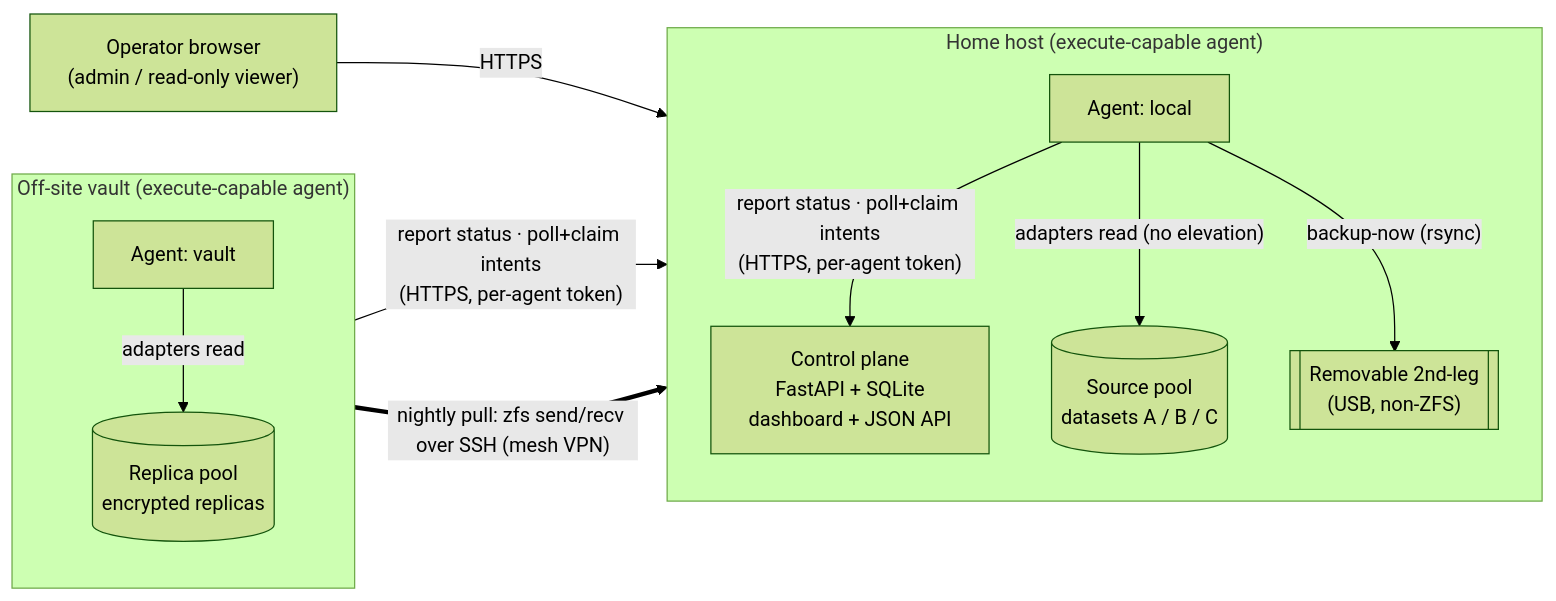
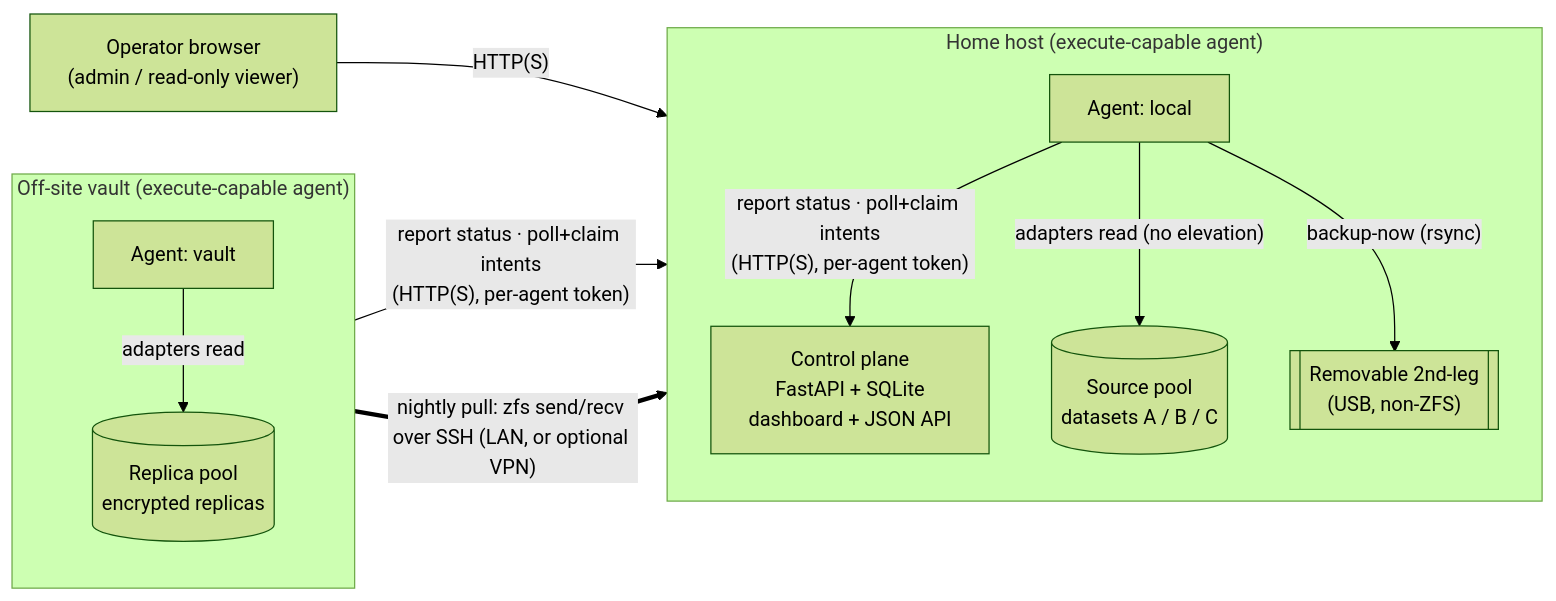
Before and after one commit to jmichelsen/cairn: the first of 3 diagrams in docs/architecture.md, drawn with Mermaid (forest theme). The commit also changed other lines of this file and 13 other files, not shown here.

````diff
--- a/docs/architecture.md
+++ b/docs/architecture.md
@@ -24,26 +26,26 @@
 ```mermaid
 flowchart LR
   browser["Operator browser<br/>(admin / read-only viewer)"]
 
   subgraph home["Home host (execute-capable agent)"]
     direction TB
     api["Control plane<br/>FastAPI + SQLite<br/>dashboard + JSON API"]
     la["Agent: local"]
     src[("Source pool<br/>datasets A / B / C")]
     ext[["Removable 2nd-leg<br/>(USB, non-ZFS)"]]
   end
 
   subgraph off["Off-site vault (execute-capable agent)"]
     direction TB
     va["Agent: vault"]
     rep[("Replica pool<br/>encrypted replicas")]
   end
 
-  browser -- HTTPS --> api
-  la -- "report status · poll+claim intents<br/>(HTTPS, per-agent token)" --> api
-  va -- "report status · poll+claim intents<br/>(HTTPS, per-agent token)" --> api
+  browser -- "HTTP(S)" --> api
+  la -- "report status · poll+claim intents<br/>(HTTP(S), per-agent token)" --> api
+  va -- "report status · poll+claim intents<br/>(HTTP(S), per-agent token)" --> api
   la -- "adapters read (no elevation)" --> src
   la -- "backup-now (rsync)" --> ext
   va -- "adapters read" --> rep
-  va == "nightly pull: zfs send/recv over SSH (mesh VPN)" ==> src
+  va == "nightly pull: zfs send/recv over SSH (LAN, or optional VPN)" ==> src
 ```
````
